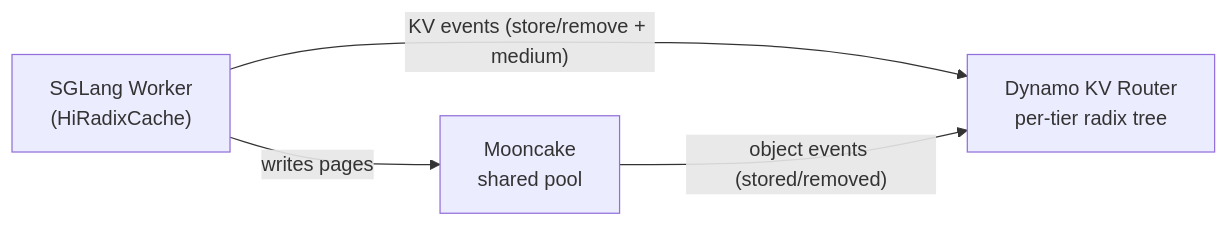
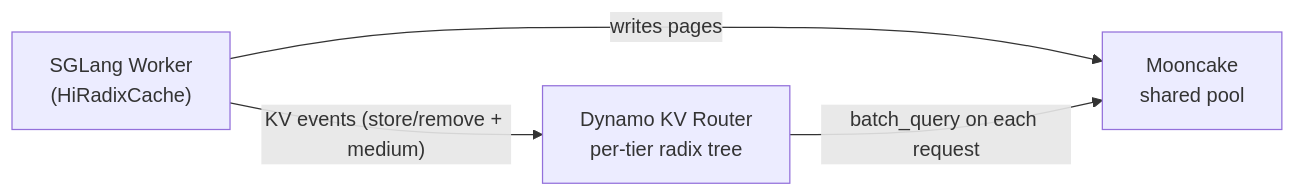
The diagram in docs/fern/pages/developer-guide/knowledge-base/modular-components/backends/sglang/hicache.md (ai-dynamo/dynamo), drawn with Mermaid before and after one commit. The commit also changed other lines of this file and 133 other files, not shown here.

````diff
--- a/docs/fern/pages/developer-guide/knowledge-base/modular-components/backends/sglang/hicache.md
+++ b/docs/fern/pages/developer-guide/knowledge-base/modular-components/backends/sglang/hicache.md
@@ -79,10 +79,10 @@
 ```mermaid
 flowchart LR
     Worker["SGLang Worker<br/>(HiRadixCache)"]
     Mooncake["Mooncake<br/>shared pool"]
     Router["Dynamo KV Router<br/>per-tier radix tree"]
 
     Worker -- "KV events (store/remove + medium)" --> Router
     Worker -- "writes pages" --> Mooncake
-    Mooncake -- "object events (stored/removed)" --> Router
+    Router -- "batch_query on each request" --> Mooncake
 ```
````
